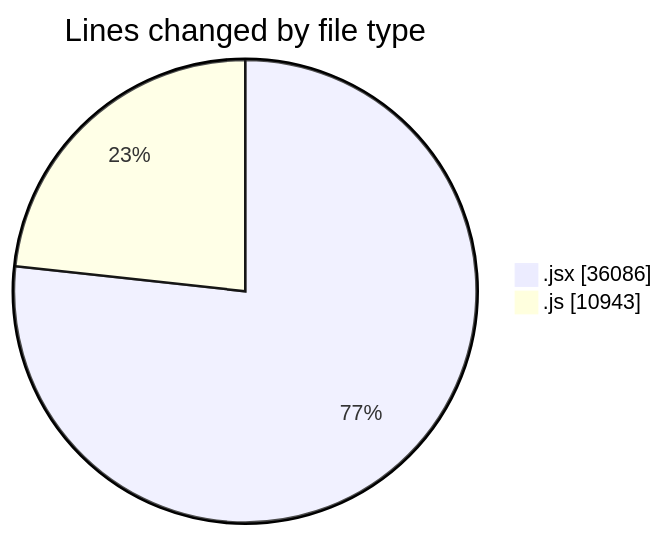
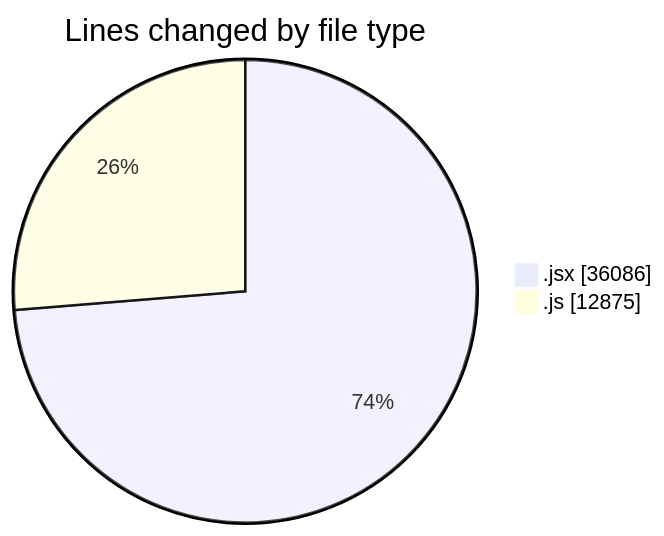
Before and after one commit to nxtqubesakshisongat/code-tracking: the first of 2 diagrams in 2025-09-29/nxtqube_webapp/README.md, drawn with Mermaid. The commit also changed other lines of this file and 1 other file, not shown here.

````diff
--- a/2025-09-29/nxtqube_webapp/README.md
+++ b/2025-09-29/nxtqube_webapp/README.md
@@ -22,6 +22,6 @@
 ```mermaid
 pie showData
 title Lines changed by file type
 ".jsx" : 36086
-".js" : 10943
+".js" : 12875
 ```
````
